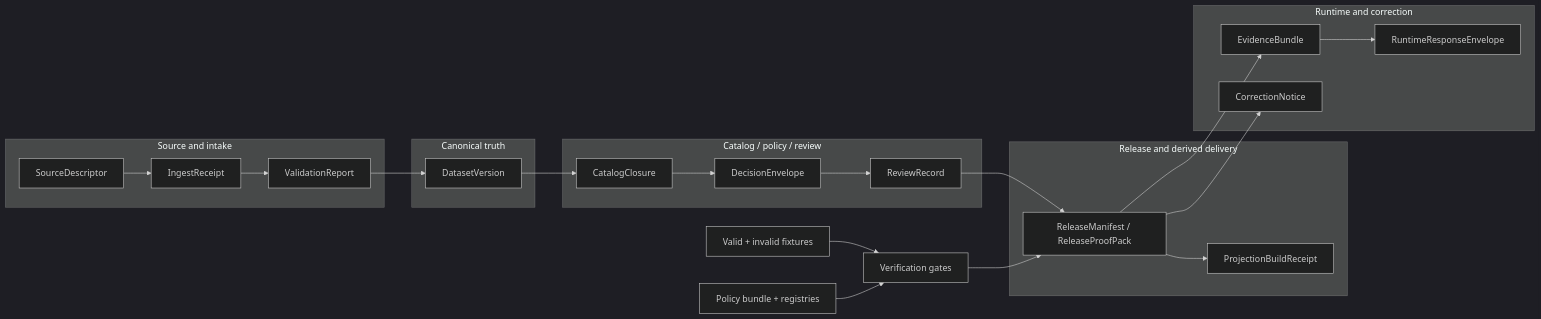
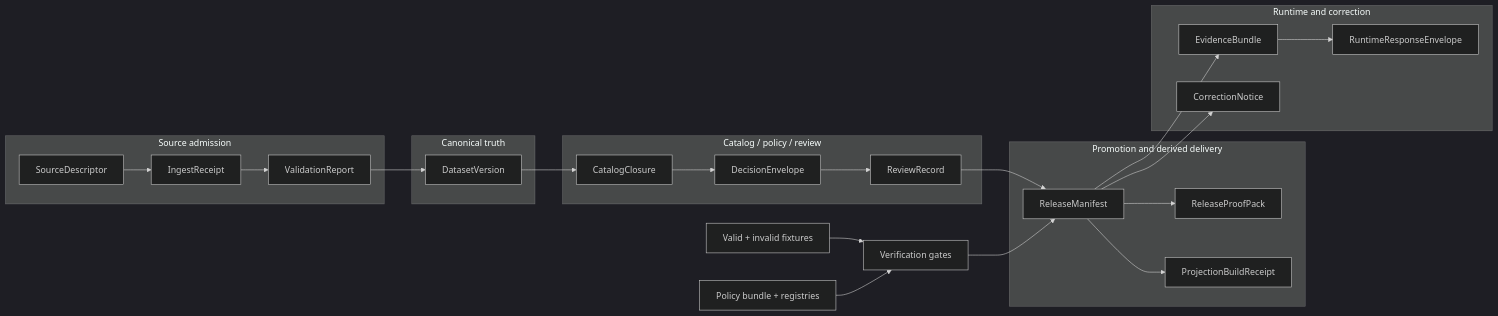
One commit to bartytime4life/Kansas-Frontier-Matrix changed the diagram in schemas/README.md. Above: the diagram before and after it, drawn with Mermaid (dark theme). The commit also changed other lines of this file, not shown here.

````diff
--- a/schemas/README.md
+++ b/schemas/README.md
@@ -215,38 +285,39 @@
 ```mermaid
 flowchart LR
-    subgraph A["Source and intake"]
+    subgraph A["Source admission"]
         SD[SourceDescriptor]
         IR[IngestReceipt]
         VR[ValidationReport]
     end
 
     subgraph B["Canonical truth"]
         DV[DatasetVersion]
     end
 
     subgraph C["Catalog / policy / review"]
         CC[CatalogClosure]
         DE[DecisionEnvelope]
         RR[ReviewRecord]
     end
 
-    subgraph D["Release and derived delivery"]
-        RM[ReleaseManifest / ReleaseProofPack]
+    subgraph D["Promotion and derived delivery"]
+        RM[ReleaseManifest]
+        RPP[ReleaseProofPack]
         PBR[ProjectionBuildReceipt]
     end
 
     subgraph E["Runtime and correction"]
         EB[EvidenceBundle]
         RRE[RuntimeResponseEnvelope]
         CN[CorrectionNotice]
     end
 
-    SD --> IR --> VR --> DV --> CC --> DE --> RR --> RM
+    SD --> IR --> VR --> DV --> CC --> DE --> RR --> RM --> RPP
     RM --> PBR
     RM --> EB --> RRE
     RM --> CN
 
     F[Valid + invalid fixtures] --> G[Verification gates]
     P[Policy bundle + registries] --> G
     G --> RM
 ```
````
